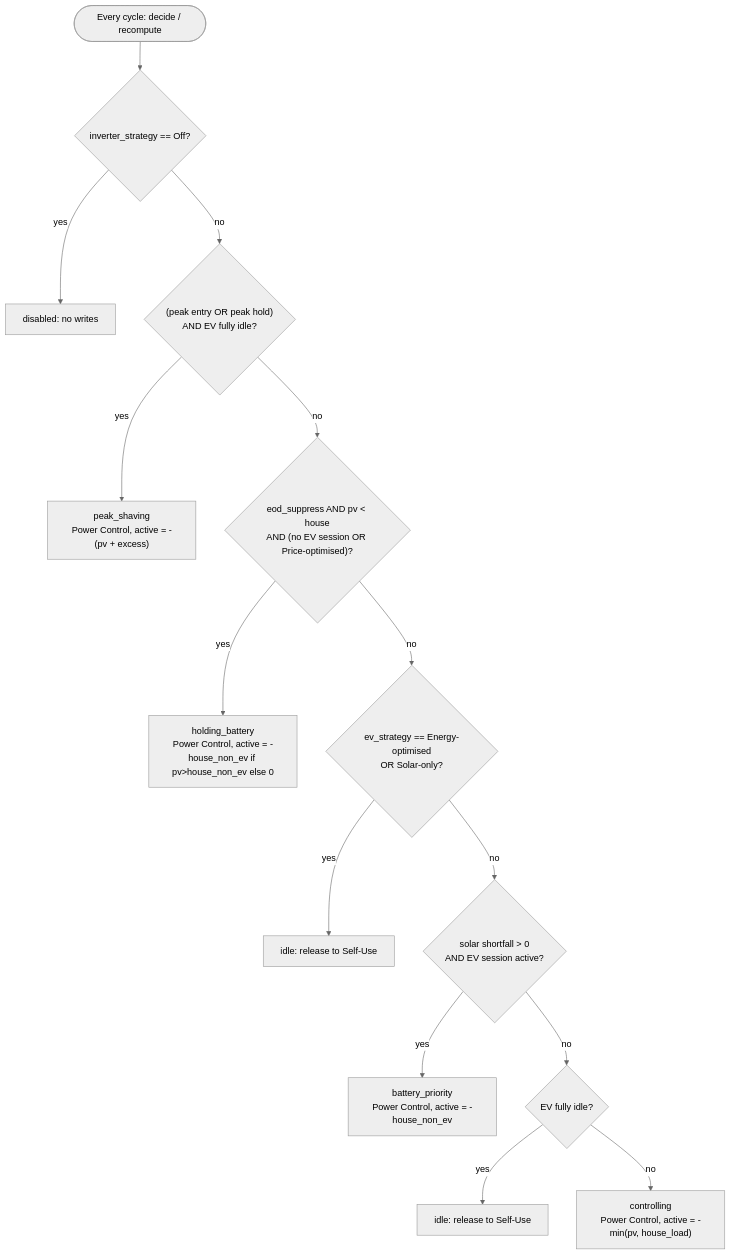
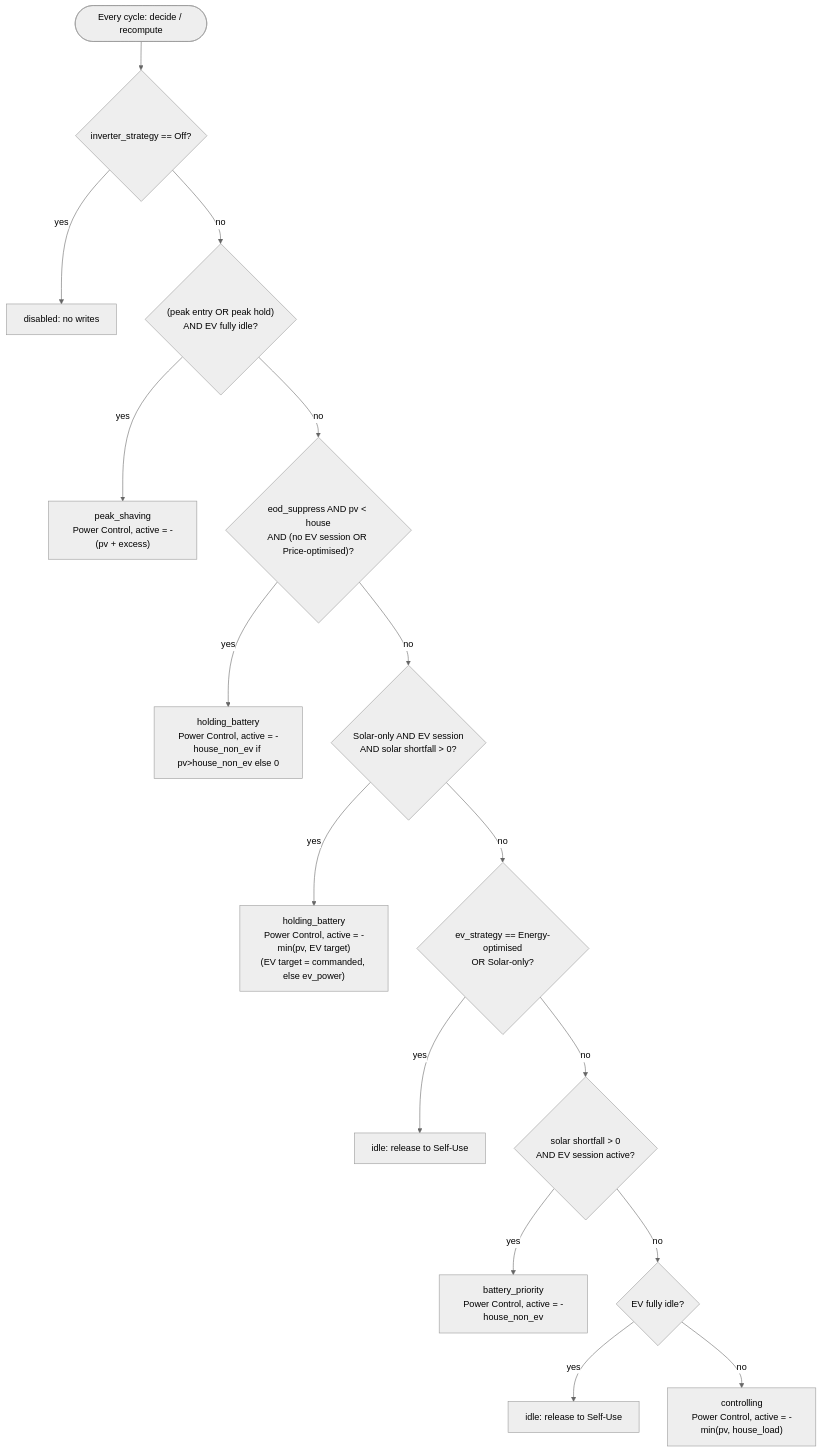
Before and after one commit to thomasgodon/homeassistant-ems: the second of 2 diagrams in README.md, drawn with Mermaid (neutral theme). The commit also changed other lines of this file and 3 other files, not shown here.

First line of the commit message:
feat: Solar-only protects battery when EOD forecast is short

````diff
--- a/README.md
+++ b/README.md
@@ -114,16 +114,18 @@
 ```mermaid
 flowchart TD
   Start([Every cycle: decide / recompute]) --> Off{inverter_strategy == Off?}
   Off -- yes --> Disabled[disabled: no writes]
   Off -- no --> Peak{"(peak entry OR peak hold)<br/>AND EV fully idle?"}
   Peak -- yes --> PeakS["peak_shaving<br/>Power Control, active = -(pv + excess)"]
   Peak -- no --> Hold{"eod_suppress AND pv &lt; house<br/>AND (no EV session OR Price-optimised)?"}
   Hold -- yes --> HoldB["holding_battery<br/>Power Control, active = -house_non_ev if pv&gt;house_non_ev else 0"]
-  Hold -- no --> Energy{ev_strategy == Energy-optimised<br/>OR Solar-only?}
+  Hold -- no --> SolarP{"Solar-only AND EV session<br/>AND solar shortfall &gt; 0?"}
+  SolarP -- yes --> SolarH["holding_battery<br/>Power Control, active = -min(pv, EV target)<br/>(EV target = commanded, else ev_power)"]
+  SolarP -- no --> Energy{ev_strategy == Energy-optimised<br/>OR Solar-only?}
   Energy -- yes --> Idle3["idle: release to Self-Use"]
   Energy -- no --> BattPri{"solar shortfall &gt; 0<br/>AND EV session active?"}
   BattPri -- yes --> BP["battery_priority<br/>Power Control, active = -house_non_ev"]
   BattPri -- no --> IdleQ{EV fully idle?}
   IdleQ -- yes --> Idle5["idle: release to Self-Use"]
   IdleQ -- no --> Ctrl["controlling<br/>Power Control, active = -min(pv, house_load)"]
 ```
````
